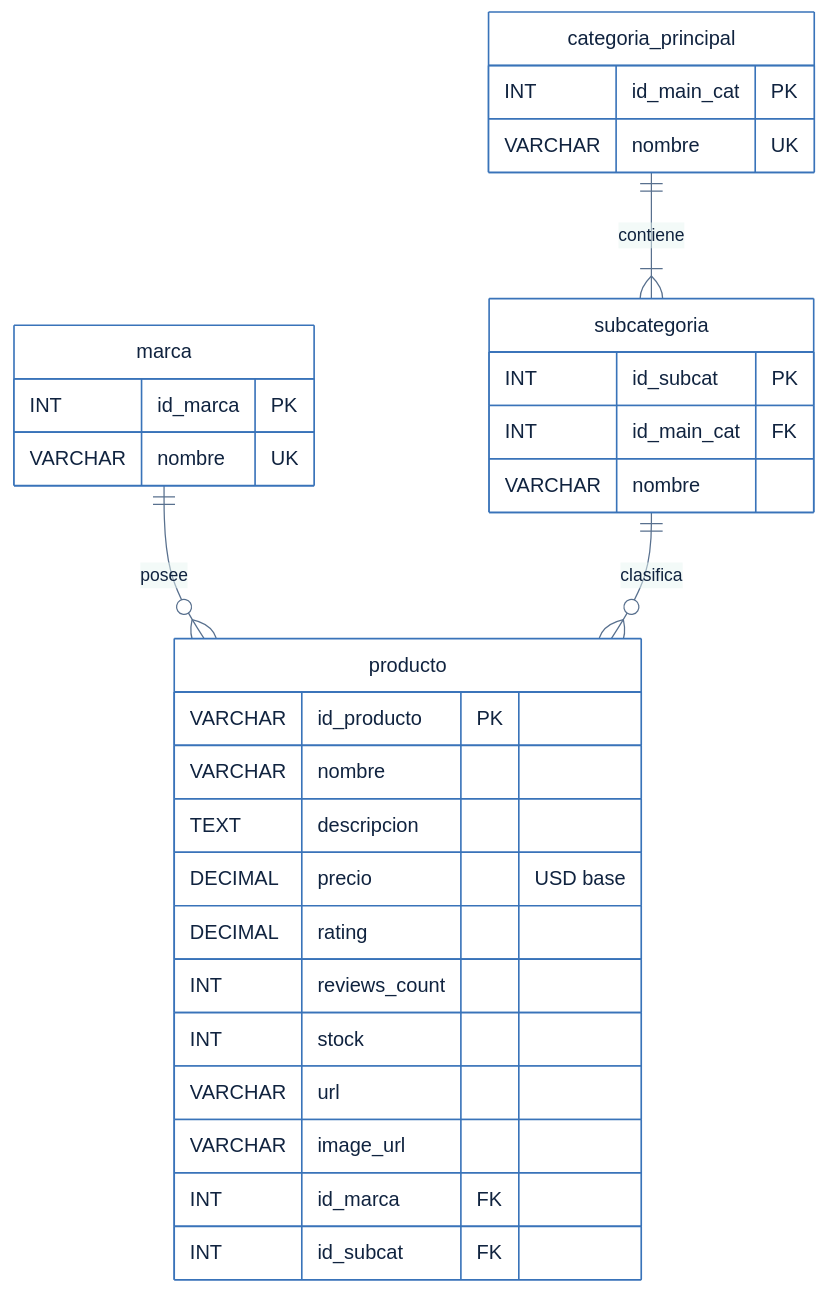
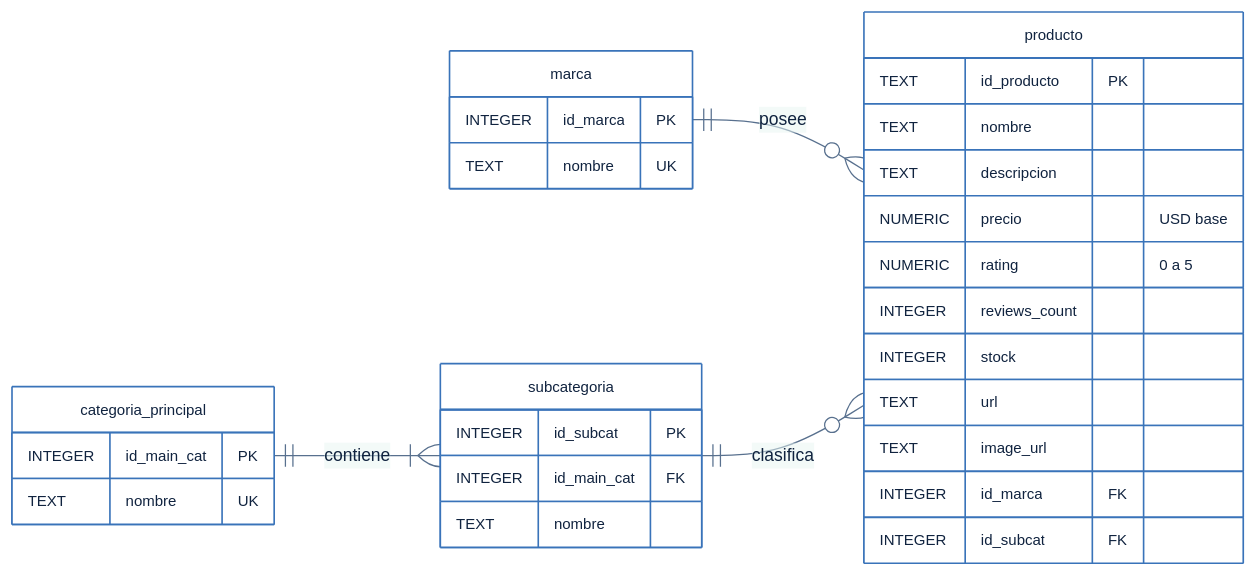
One commit to Juan2351/Tech_e-commerce changed the diagram in docs/diagramas/modelo-entidad-relacion.mmd. Above: the diagram before and after it, drawn with Mermaid. The commit also changed 6 other files, not shown here.

```diff
--- a/docs/diagramas/modelo-entidad-relacion.mmd
+++ b/docs/diagramas/modelo-entidad-relacion.mmd
@@ -1,35 +1,36 @@
-%%{init: {"theme":"base","themeVariables":{"fontFamily":"Aptos, Segoe UI, Arial, sans-serif","fontSize":"16px","primaryColor":"#EAF2FF","primaryTextColor":"#10233F","primaryBorderColor":"#3973B9","lineColor":"#58708E","secondaryColor":"#F1F5F9","tertiaryColor":"#E7F5F2","background":"#FFFFFF","mainBkg":"#FFFFFF","textColor":"#10233F"}}}%%
+%%{init: {"theme":"base","themeVariables":{"fontFamily":"Arial, sans-serif","fontSize":"12px","primaryColor":"#EAF2FF","primaryTextColor":"#10233F","primaryBorderColor":"#3973B9","lineColor":"#58708E","secondaryColor":"#F1F5F9","tertiaryColor":"#E7F5F2","background":"#FFFFFF","mainBkg":"#FFFFFF","textColor":"#10233F"}}}%%
 erDiagram
+    direction LR
     marca ||--o{ producto : "posee"
     categoria_principal ||--|{ subcategoria : "contiene"
     subcategoria ||--o{ producto : "clasifica"
 
     marca {
-        INT id_marca PK
-        VARCHAR nombre UK
+        INTEGER id_marca PK
+        TEXT nombre UK
     }
 
     categoria_principal {
-        INT id_main_cat PK
-        VARCHAR nombre UK
+        INTEGER id_main_cat PK
+        TEXT nombre UK
     }
 
     subcategoria {
-        INT id_subcat PK
-        INT id_main_cat FK
-        VARCHAR nombre
+        INTEGER id_subcat PK
+        INTEGER id_main_cat FK
+        TEXT nombre
     }
 
     producto {
-        VARCHAR id_producto PK
-        VARCHAR nombre
+        TEXT id_producto PK
+        TEXT nombre
         TEXT descripcion
-        DECIMAL precio "USD base"
-        DECIMAL rating
-        INT reviews_count
-        INT stock
-        VARCHAR url
-        VARCHAR image_url
-        INT id_marca FK
-        INT id_subcat FK
+        NUMERIC precio "USD base"
+        NUMERIC rating "0 a 5"
+        INTEGER reviews_count
+        INTEGER stock
+        TEXT url
+        TEXT image_url
+        INTEGER id_marca FK
+        INTEGER id_subcat FK
     }
```
